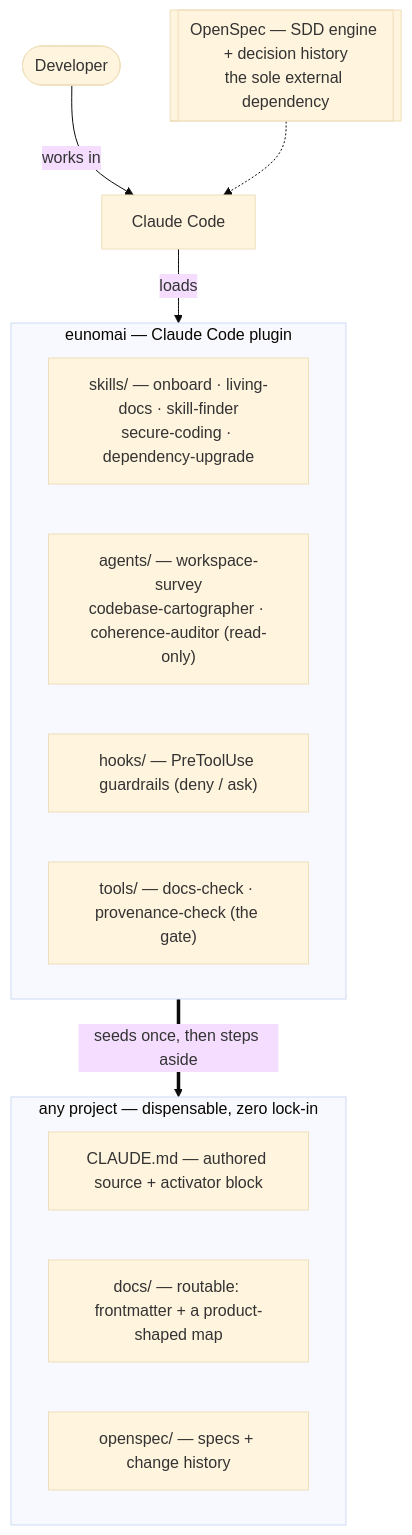
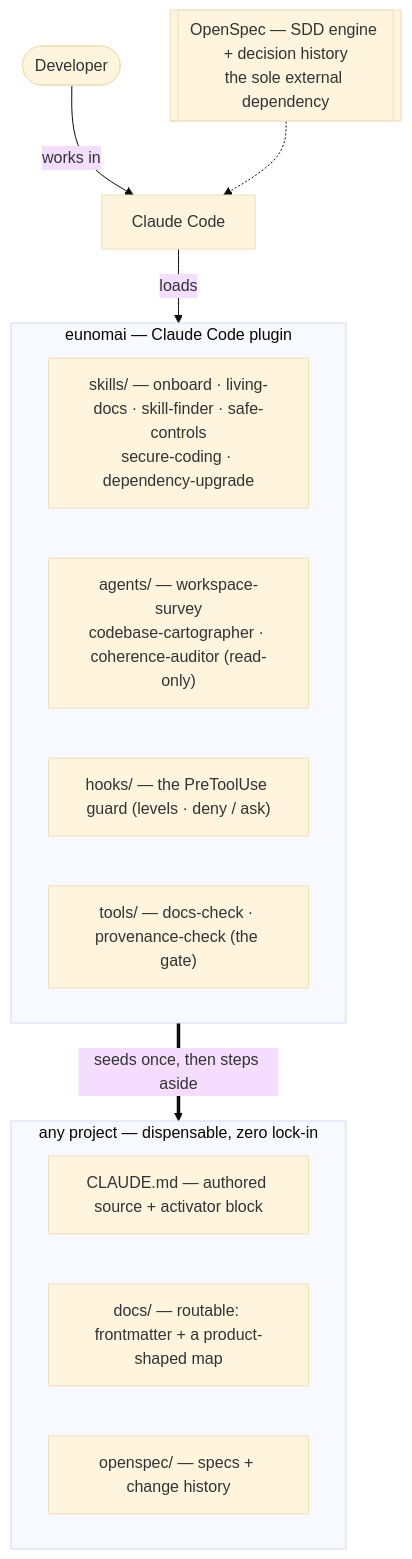
The diagram in README.md (grojof/eunomai), drawn with Mermaid (base theme) before and after one commit. The commit also changed other lines of this file and 24 other files, not shown here.

First line of the commit message:
feat(safe-controls): a guard that reads commands, with levels, layered config and an attribution policy (#2)

````diff
--- a/README.md
+++ b/README.md
@@ -14,22 +14,22 @@
 ```mermaid
 flowchart TB
     Dev(["Developer"]) -->|works in| CC["Claude Code"]
     OpenSpec[["OpenSpec — SDD engine + decision history<br/>the sole external dependency"]] -.-> CC
 
     CC -->|loads| Plugin
 
     subgraph Plugin["eunomai — Claude Code plugin"]
-        Skills["skills/ — onboard · living-docs · skill-finder<br/>secure-coding · dependency-upgrade"]
+        Skills["skills/ — onboard · living-docs · skill-finder · safe-controls<br/>secure-coding · dependency-upgrade"]
         Agents["agents/ — workspace-survey<br/>codebase-cartographer · coherence-auditor (read-only)"]
-        Hooks["hooks/ — PreToolUse guardrails (deny / ask)"]
+        Hooks["hooks/ — the PreToolUse guard (levels · deny / ask)"]
         Tools["tools/ — docs-check · provenance-check (the gate)"]
     end
 
     Plugin ==>|seeds once, then steps aside| Project
 
     subgraph Project["any project — dispensable, zero lock-in"]
         CLAUDEmd["CLAUDE.md — authored source + activator block"]
         Docs["docs/ — routable: frontmatter + a product-shaped map"]
         Specs["openspec/ — specs + change history"]
     end
 ```
````
